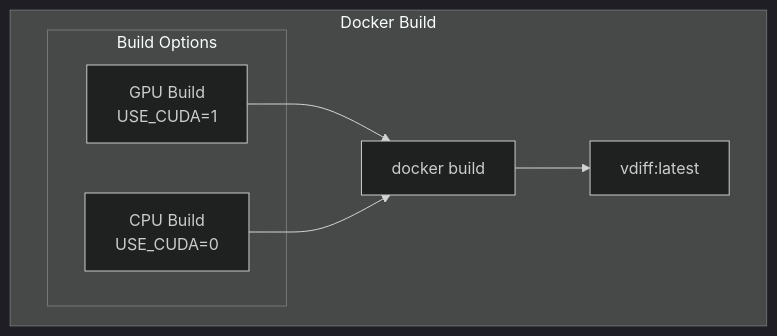
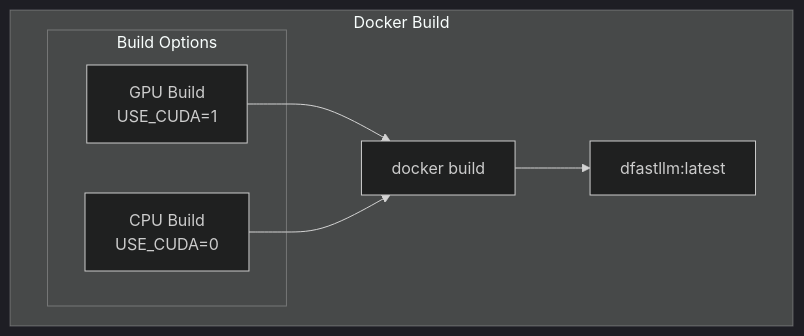
One commit to mwaykole/vdiff changed the third of 12 diagrams in docs/dev-doc/09-deployment.md. Above: the diagram before and after it, drawn with Mermaid (dark theme). The commit also changed other lines of this file and 53 other files, not shown here.

First line of the commit message:
refactor: Rename all vdiff references to dfastllm

````diff
--- a/docs/dev-doc/09-deployment.md
+++ b/docs/dev-doc/09-deployment.md
@@ -81,16 +81,16 @@
 ```mermaid
 flowchart TB
     subgraph Docker["Docker Build"]
         subgraph Options["Build Options"]
             GPU["GPU Build<br/>USE_CUDA=1"]
             CPU["CPU Build<br/>USE_CUDA=0"]
         end
         
         BUILD["docker build"]
-        IMAGE["vdiff:latest"]
+        IMAGE["dfastllm:latest"]
     end
     
     GPU --> BUILD
     CPU --> BUILD
     BUILD --> IMAGE
 ```
````
